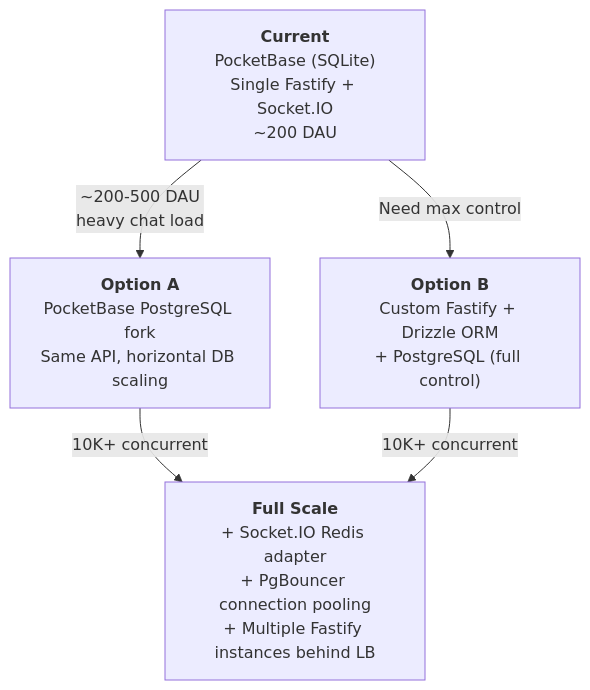
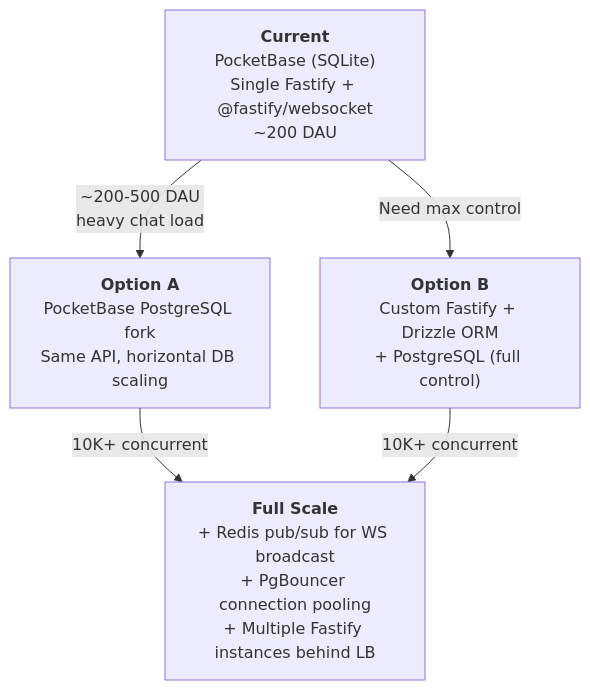
Before and after one commit to davidjonesibm/chat: the seventh of 7 diagrams in docs/ARCHITECTURE.md, drawn with Mermaid. The commit also changed other lines of this file and 64 other files, not shown here.

````diff
--- a/docs/ARCHITECTURE.md
+++ b/docs/ARCHITECTURE.md
@@ -627,11 +645,11 @@
 ```mermaid
 graph TD
-    A["<b>Current</b><br/>PocketBase (SQLite)<br/>Single Fastify + Socket.IO<br/>~200 DAU"] -->|"~200-500 DAU<br/>heavy chat load"| B
+    A["<b>Current</b><br/>PocketBase (SQLite)<br/>Single Fastify + @fastify/websocket<br/>~200 DAU"] -->|"~200-500 DAU<br/>heavy chat load"| B
 
     B["<b>Option A</b><br/>PocketBase PostgreSQL fork<br/>Same API, horizontal DB scaling"] -->|"10K+ concurrent"| D
 
     A -->|"Need max control"| C
     C["<b>Option B</b><br/>Custom Fastify + Drizzle ORM<br/>+ PostgreSQL (full control)"] -->|"10K+ concurrent"| D
 
-    D["<b>Full Scale</b><br/>+ Socket.IO Redis adapter<br/>+ PgBouncer connection pooling<br/>+ Multiple Fastify instances behind LB"]
+    D["<b>Full Scale</b><br/>+ Redis pub/sub for WS broadcast<br/>+ PgBouncer connection pooling<br/>+ Multiple Fastify instances behind LB"]
 ```
````
